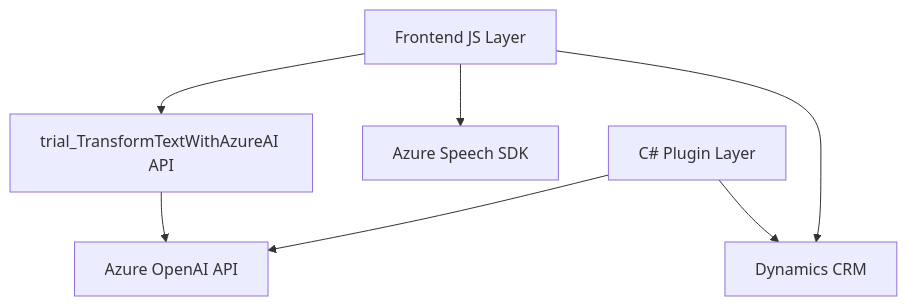
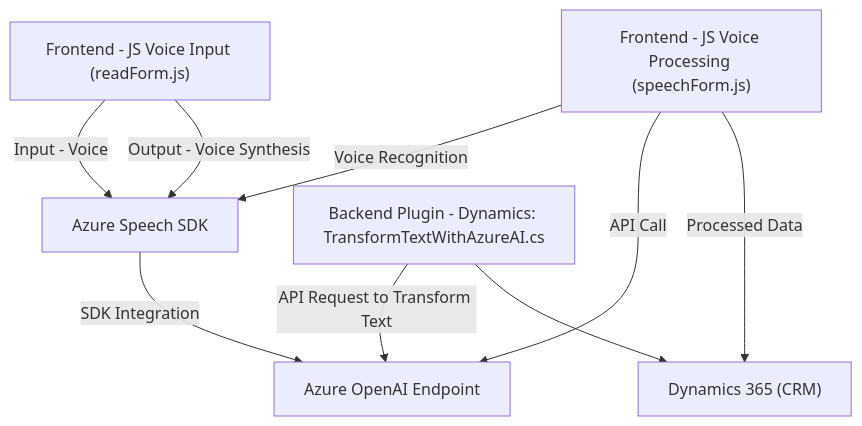
The diagram in README.md (blopezdm/NETCORE_BILBAO2025), drawn with Mermaid before and after one commit. The commit also changed other lines of this file, not shown here.

````diff
--- a/README.md
+++ b/README.md
@@ -56,16 +31,18 @@
 ```mermaid
 graph TD
-    A["Frontend JS Layer"]
-    B["C# Plugin Layer"]
-    C["Dynamics CRM"]
-    D["Azure Speech SDK"]
-    E["Azure OpenAI API"]
-    F["trial_TransformTextWithAzureAI API"]
-    
-    A --> D
-    A --> F
-    A --> C
-    B --> E
-    B --> C
-    F --> E
+    A["Frontend - JS Voice Input (readForm.js)"]
+    B["Frontend - JS Voice Processing (speechForm.js)"]
+    C["Azure Speech SDK"]
+    D["Azure OpenAI Endpoint"]
+    E["Backend Plugin - Dynamics: TransformTextWithAzureAI.cs"]
+    F["Dynamics 365 (CRM)"]
+
+    A --> |Input - Voice| C
+    A --> |Output - Voice Synthesis| C
+    B --> |Voice Recognition| C
+    B --> |API Call| D
+    B --> |Processed Data| F
+    C --> |SDK Integration| D
+    E --> |API Request to Transform Text| D
+    E --> F
 ```
````
